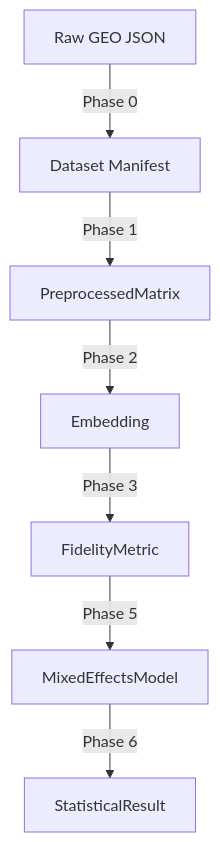
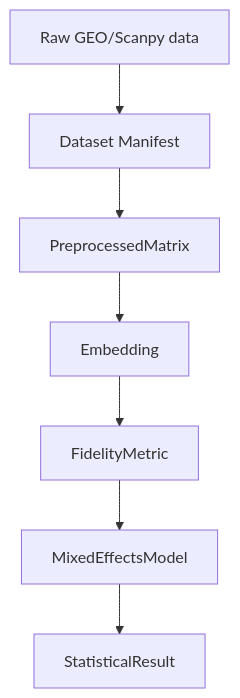
Before and after one commit to ContextLab/llmXive: the diagram in projects/PROJ-168-statistical-evaluation-of-dimensionality/specs/001-statistical-evaluation-of-dimensionality/data-model.md, drawn with Mermaid. The commit also changed other lines of this file and 13 other files, not shown here.

````diff
--- a/projects/PROJ-168-statistical-evaluation-of-dimensionality/specs/001-statistical-evaluation-of-dimensionality/data-model.md
+++ b/projects/PROJ-168-statistical-evaluation-of-dimensionality/specs/001-statistical-evaluation-of-dimensionality/data-model.md
@@ -18,9 +18,9 @@
 ```mermaid
 graph TD
-    A[Raw GEO JSON] -->|Phase 0| B[Dataset Manifest]
-    B -->|Phase 1| C[PreprocessedMatrix]
-    C -->|Phase 2| D[Embedding]
-    D -->|Phase 3| E[FidelityMetric]
-    E -->|Phase 5| F[MixedEffectsModel]
-    F -->|Phase 6| G[StatisticalResult]
+    A[Raw GEO/Scanpy data] --> B[Dataset Manifest]
+    B --> C[PreprocessedMatrix]
+    C --> D[Embedding]
+    D --> E[FidelityMetric]
+    E --> F[MixedEffectsModel]
+    F --> G[StatisticalResult]
 ```
````
